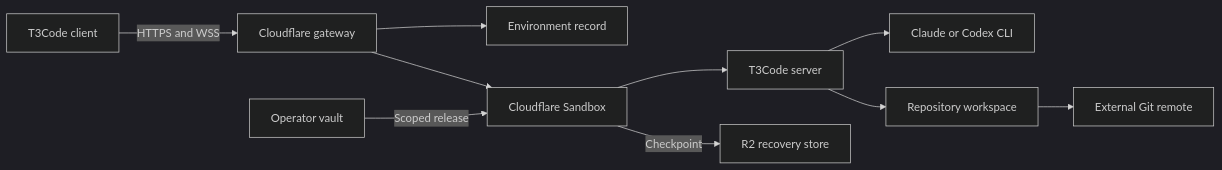
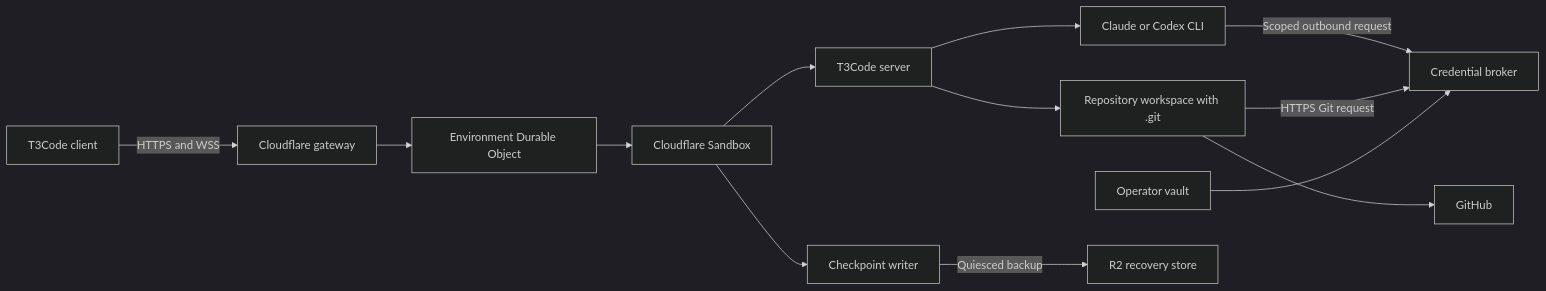
Before and after one commit to phibkro/agent-engine: the first of 2 diagrams in design-specs/0003-cloudflare-t3code-environments.md, drawn with Mermaid (dark theme). The commit also changed other lines of this file, not shown here.

Commit message:
docs(design): harden Cloudflare T3Code environments

````diff
--- a/design-specs/0003-cloudflare-t3code-environments.md
+++ b/design-specs/0003-cloudflare-t3code-environments.md
@@ -59,12 +66,15 @@
 ```mermaid
 flowchart LR
     C[T3Code client] -->|HTTPS and WSS| G[Cloudflare gateway]
-    G --> E[Environment record]
-    G --> S[Cloudflare Sandbox]
+    G --> E[Environment Durable Object]
+    E --> S[Cloudflare Sandbox]
     S --> T[T3Code server]
     T --> A[Claude or Codex CLI]
-    T --> W[Repository workspace]
-    W --> R[External Git remote]
-    V[Operator vault] -->|Scoped release| S
-    S -->|Checkpoint| P[R2 recovery store]
+    T --> W[Repository workspace with .git]
+    W --> R[GitHub]
+    A -->|Scoped outbound request| B[Credential broker]
+    W -->|HTTPS Git request| B
+    V[Operator vault] --> B
+    Q[Checkpoint writer] -->|Quiesced backup| P[R2 recovery store]
+    S --> Q
 ```
````
